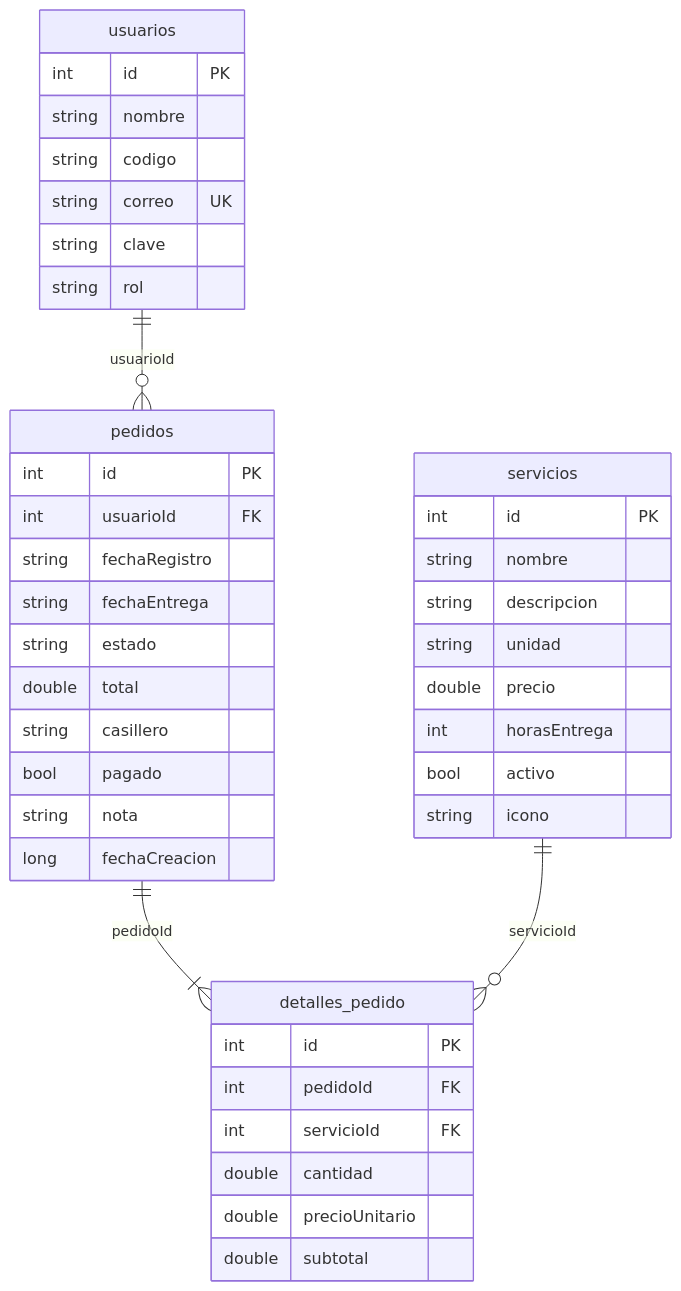
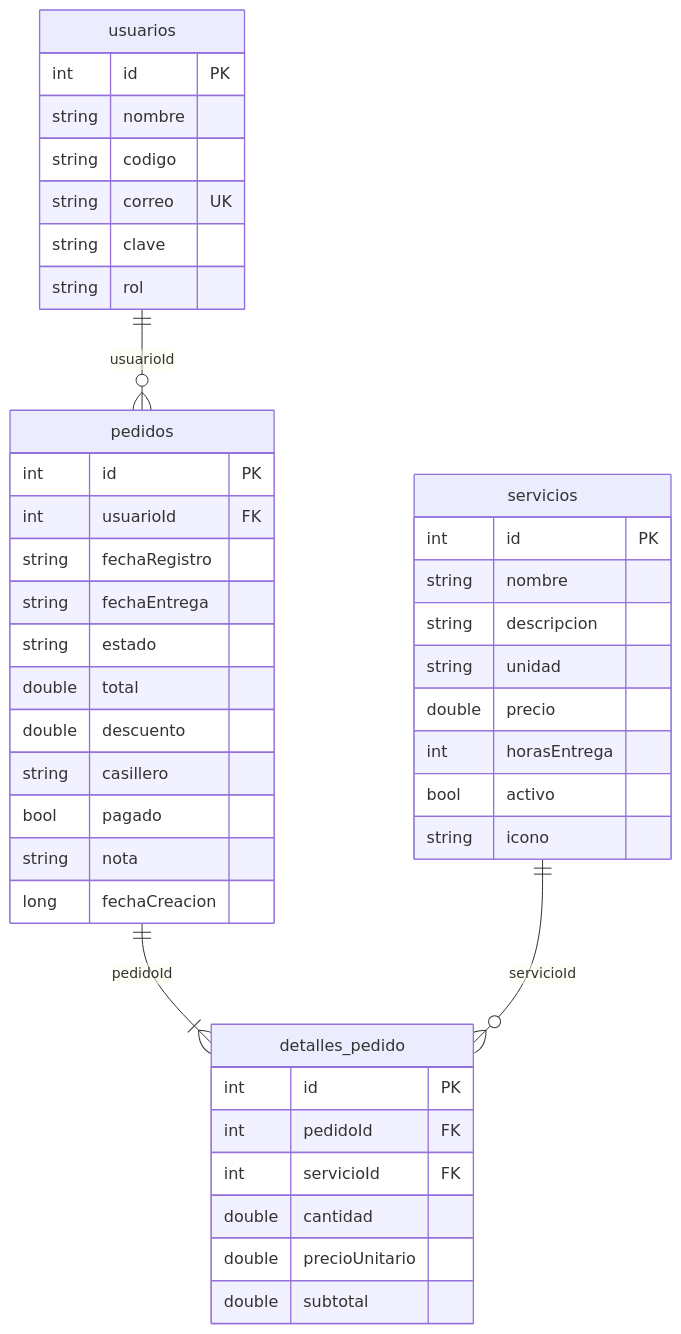
One commit to diegoz-netizen/ProgramacionMoviles_Panez changed the third of 3 diagrams in Lab08/LavaCampus/README.md. Above: the diagram before and after it, drawn with Mermaid. The commit also changed other lines of this file and 7 other files, not shown here.

````diff
--- a/Lab08/LavaCampus/README.md
+++ b/Lab08/LavaCampus/README.md
@@ -153,44 +176,45 @@
 ```mermaid
 erDiagram
     usuarios ||--o{ pedidos : "usuarioId"
     pedidos ||--|{ detalles_pedido : "pedidoId"
     servicios ||--o{ detalles_pedido : "servicioId"
     usuarios {
         int id PK
         string nombre
         string codigo
         string correo UK
         string clave
         string rol
     }
     servicios {
         int id PK
         string nombre
         string descripcion
         string unidad
         double precio
         int horasEntrega
         bool activo
         string icono
     }
     pedidos {
         int id PK
         int usuarioId FK
         string fechaRegistro
         string fechaEntrega
         string estado
         double total
+        double descuento
         string casillero
         bool pagado
         string nota
         long fechaCreacion
     }
     detalles_pedido {
         int id PK
         int pedidoId FK
         int servicioId FK
         double cantidad
         double precioUnitario
         double subtotal
     }
 ```
````
